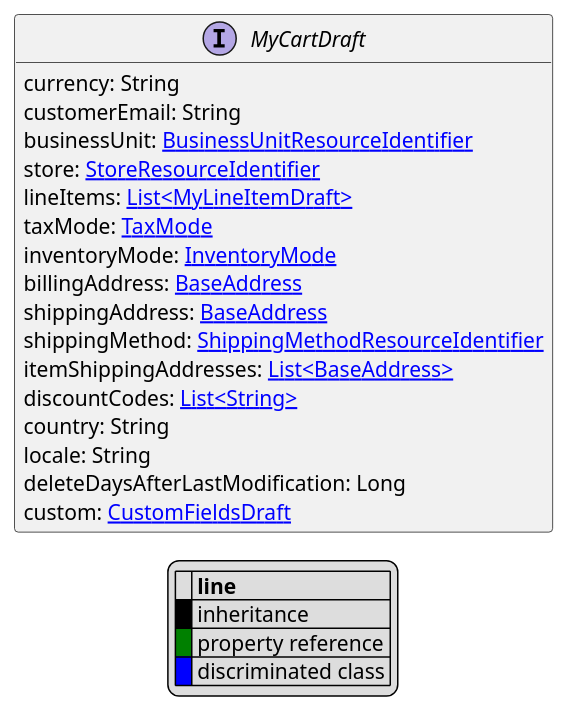
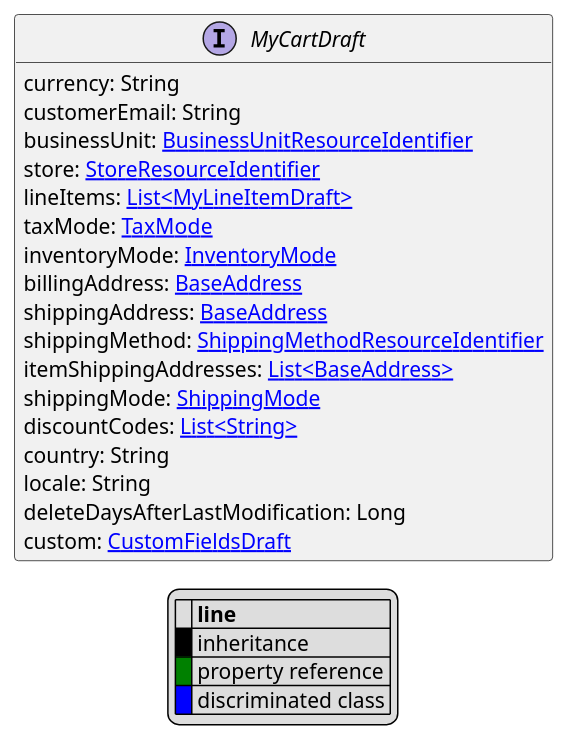
The diagram in uml/api/MyCartDraft.puml (commercetools/commercetools-api-reference), drawn with PlantUML before and after one commit. The commit also changed 20 other files, not shown here.

```diff
--- a/uml/api/MyCartDraft.puml
+++ b/uml/api/MyCartDraft.puml
@@ -1,35 +1,36 @@
 @startuml
 
 hide empty fields
 hide empty methods
 legend
 |= |= line |
 |<back:black>   </back>| inheritance |
 |<back:green>   </back>| property reference |
 |<back:blue>   </back>| discriminated class |
 endlegend
 interface MyCartDraft [[MyCartDraft.svg]]  {
     currency: String
     customerEmail: String
     businessUnit: [[BusinessUnitResourceIdentifier.svg BusinessUnitResourceIdentifier]]
     store: [[StoreResourceIdentifier.svg StoreResourceIdentifier]]
     lineItems: [[MyLineItemDraft.svg List<MyLineItemDraft>]]
     taxMode: [[TaxMode.svg TaxMode]]
     inventoryMode: [[InventoryMode.svg InventoryMode]]
     billingAddress: [[BaseAddress.svg BaseAddress]]
     shippingAddress: [[BaseAddress.svg BaseAddress]]
     shippingMethod: [[ShippingMethodResourceIdentifier.svg ShippingMethodResourceIdentifier]]
     itemShippingAddresses: [[BaseAddress.svg List<BaseAddress>]]
+    shippingMode: [[ShippingMode.svg ShippingMode]]
     discountCodes: [[String.svg List<String>]]
     country: String
     locale: String
     deleteDaysAfterLastModification: Long
     custom: [[CustomFieldsDraft.svg CustomFieldsDraft]]
 }
 
 
 
 
 
 
 @enduml
```
